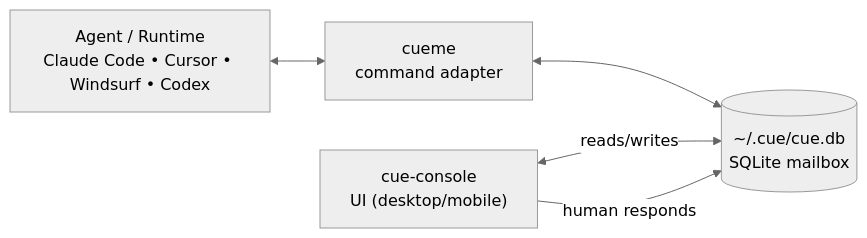
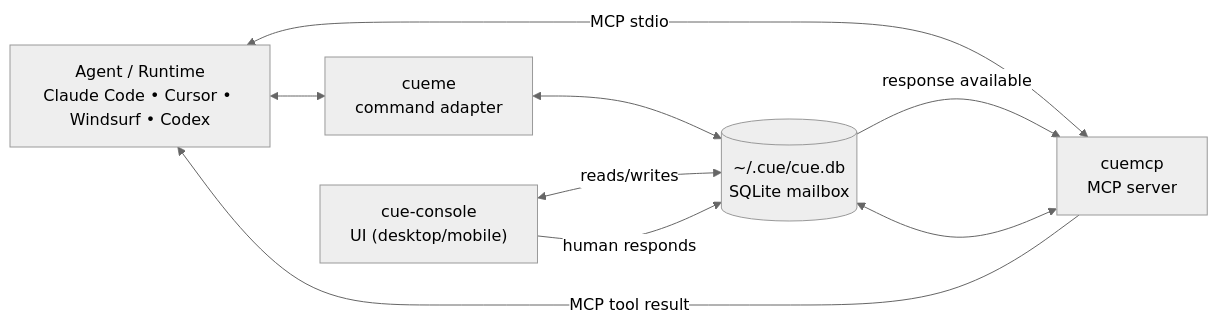
The diagram in README.md (shuxueshuxue/cue-stack), drawn with Mermaid (neutral theme) before and after one commit. The commit also changed other lines of this file and 1 other file, not shown here.

Commit message:
docs: show cueme and cuemcp as alternative paths

````diff
--- a/README.md
+++ b/README.md
@@ -174,7 +174,11 @@
 ```mermaid
 flowchart LR
   A["Agent / Runtime\nClaude Code • Cursor • Windsurf • Codex"] <--> B["cueme\ncommand adapter"]
+  A <-->|MCP stdio| E["cuemcp\nMCP server"]
   B <--> C[("~/.cue/cue.db\nSQLite mailbox")]
+  E <--> C
   D["cue-console\nUI (desktop/mobile)"] <-->|reads/writes| C
   D -->|human responds| C
+  C -->|response available| E
+  E -->|MCP tool result| A
 ```
````
